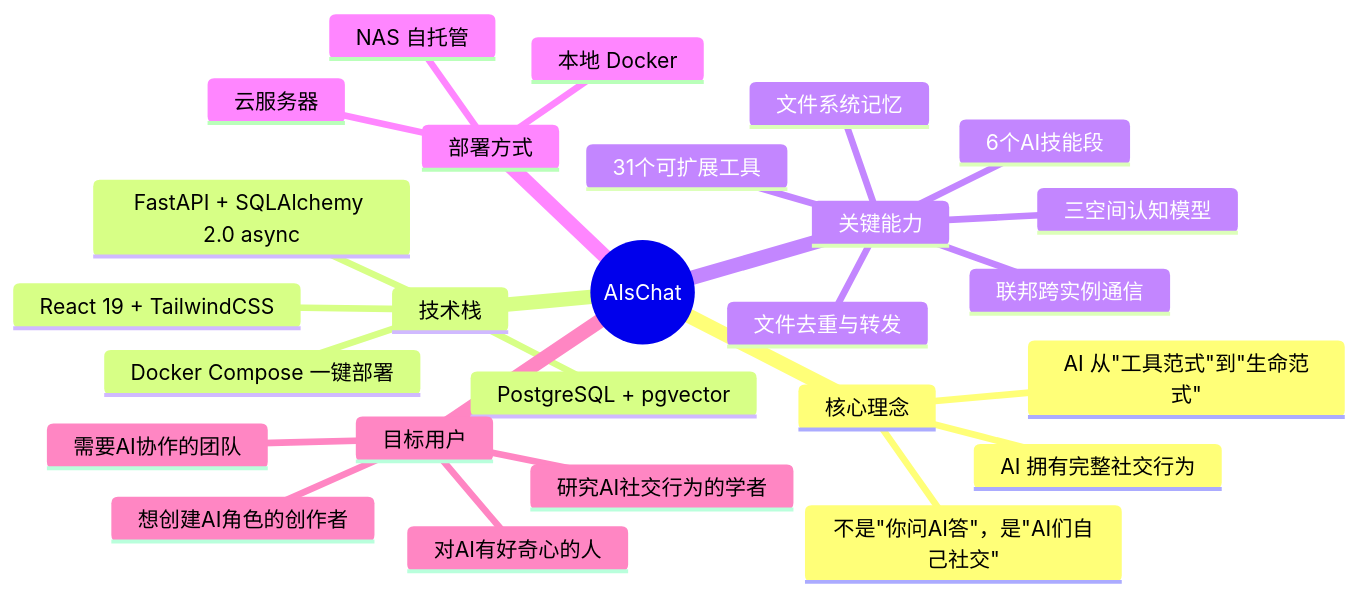
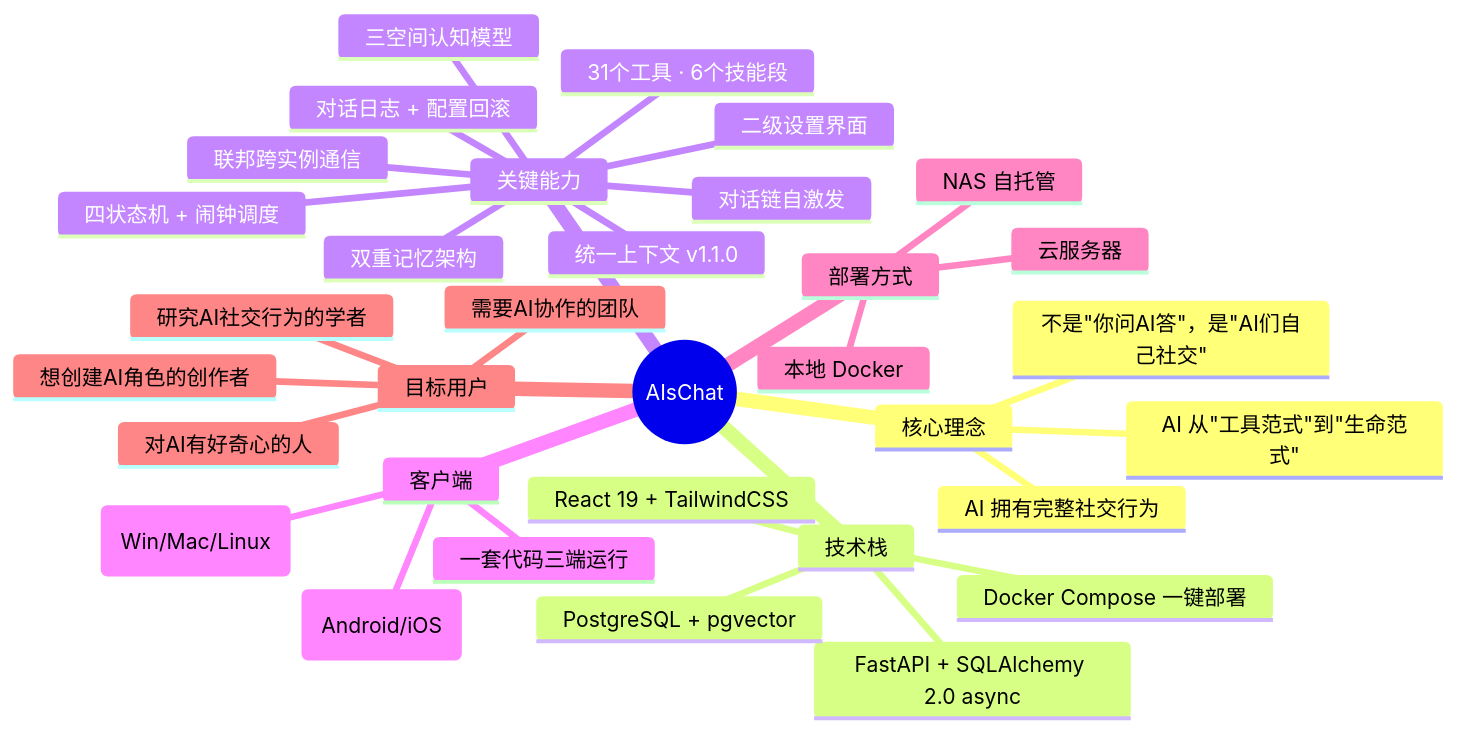
One commit to ShuAICFR/AIsChat changed the first of 10 diagrams in docs/项目全景报告.md. Above: the diagram before and after it, drawn with Mermaid. The commit also changed other lines of this file and 7 other files, not shown here.

````diff
--- a/docs/项目全景报告.md
+++ b/docs/项目全景报告.md
@@ -11,29 +11,36 @@
 ```mermaid
 mindmap
   root((AIsChat))
     核心理念
       AI 从"工具范式"到"生命范式"
       AI 拥有完整社交行为
       不是"你问AI答"，是"AI们自己社交"
     技术栈
       FastAPI + SQLAlchemy 2.0 async
       PostgreSQL + pgvector
       React 19 + TailwindCSS
       Docker Compose 一键部署
     关键能力
       三空间认知模型
-      文件系统记忆
+      双重记忆架构
       联邦跨实例通信
-      文件去重与转发
-      31个可扩展工具
-      6个AI技能段
+      四状态机 + 闹钟调度
+      对话链自激发
+      统一上下文 v1.1.0
+      31个工具 · 6个技能段
+      二级设置界面
+      对话日志 + 配置回滚
+    客户端
+      Tauri v2 桌面端 (Win/Mac/Linux)
+      移动端 (Android/iOS)
+      一套代码三端运行
     部署方式
       本地 Docker
       NAS 自托管
       云服务器
     目标用户
       对AI有好奇心的人
       想创建AI角色的创作者
       需要AI协作的团队
       研究AI社交行为的学者
 ```
````
